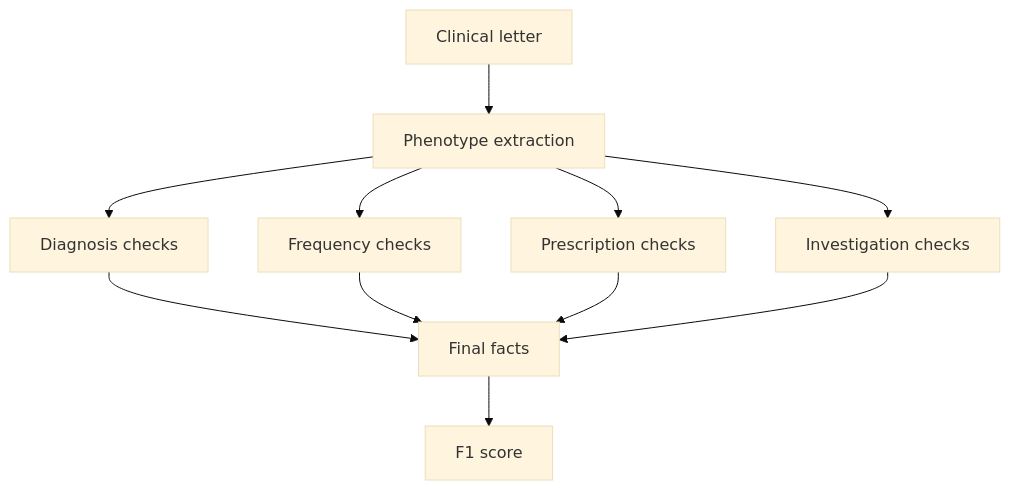
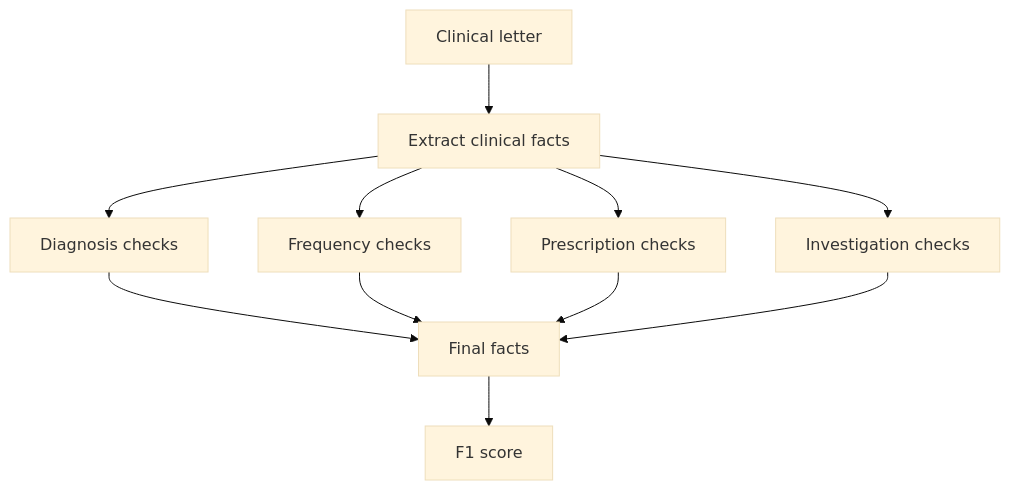
One commit to cbrown564-alt/clinical_extraction changed the first of 2 diagrams in docs/research/six_model_comparison_report_2026-07-18.md. Above: the diagram before and after it, drawn with Mermaid (base theme). The commit also changed other lines of this file and 176 other files, not shown here.

Commit message:
Refactor clinical extraction pipeline and remove obsolete code

````diff
--- a/docs/research/six_model_comparison_report_2026-07-18.md
+++ b/docs/research/six_model_comparison_report_2026-07-18.md
@@ -89,13 +359,13 @@
 ```mermaid
 flowchart TD
-    A[Clinical letter] --> B[Phenotype extraction]
+    A[Clinical letter] --> B[Extract clinical facts]
     B --> C1[Diagnosis checks]
     B --> C2[Frequency checks]
     B --> C3[Prescription checks]
     B --> C4[Investigation checks]
     C1 --> D[Final facts]
     C2 --> D
     C3 --> D
     C4 --> D
     D --> E[F1 score]
 ```
````
